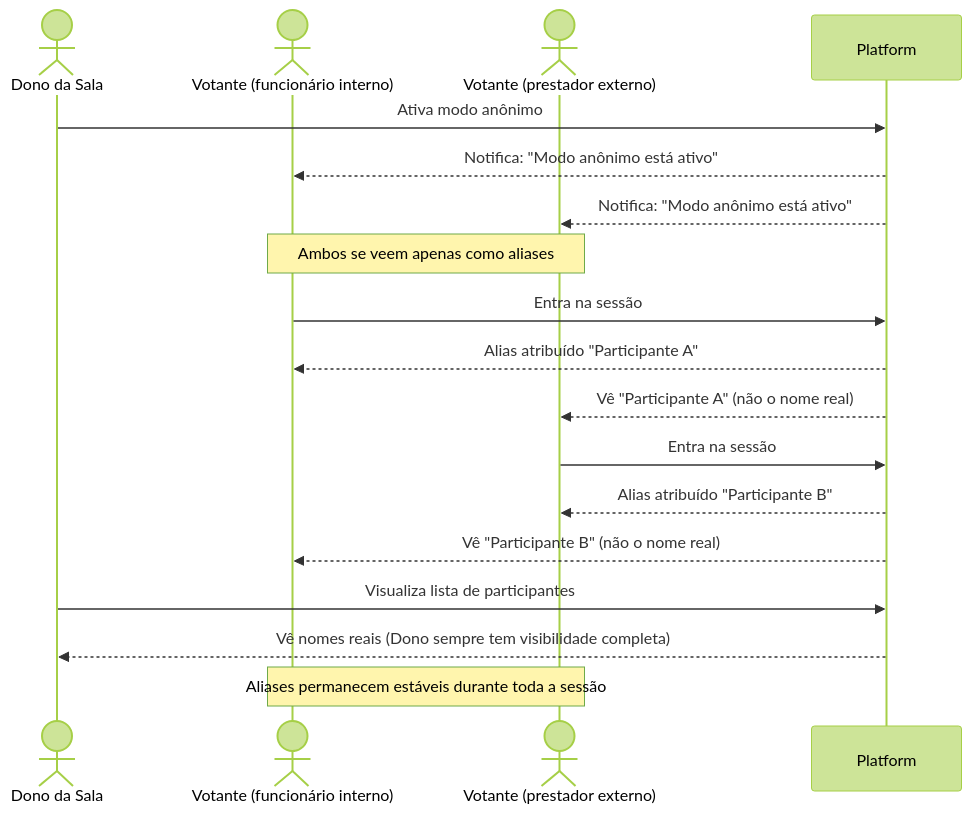
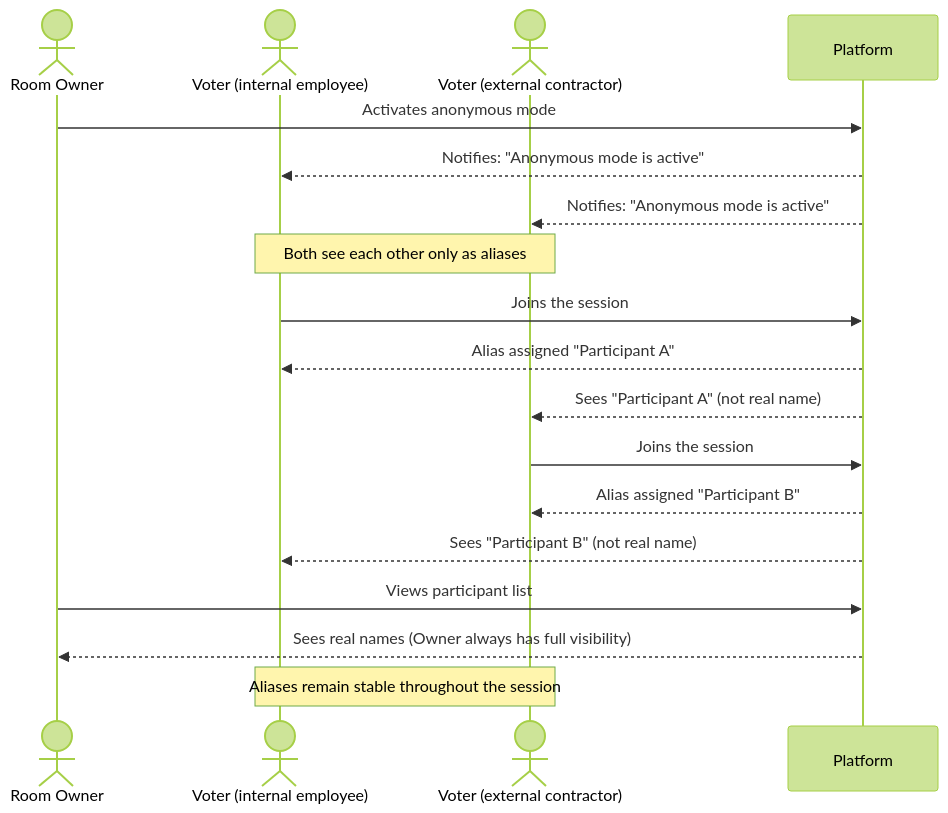
The third of 7 diagrams in docs/use-cases/case-poker/07.1-product-backlog-access-control.md (hugo-hsbtech/teamwork-process), drawn with Mermaid (forest theme) before and after one commit. The commit also changed other lines of this file and 63 other files, not shown here.

````diff
--- a/docs/use-cases/case-poker/07.1-product-backlog-access-control.md
+++ b/docs/use-cases/case-poker/07.1-product-backlog-access-control.md
@@ -109,25 +109,25 @@
 ```mermaid
 sequenceDiagram
-    actor RO as Dono da Sala
-    actor V1 as Votante (funcionário interno)
-    actor V2 as Votante (prestador externo)
+    actor RO as Room Owner
+    actor V1 as Voter (internal employee)
+    actor V2 as Voter (external contractor)
 
-    RO->>Platform: Ativa modo anônimo
-    Platform-->>V1: Notifica: "Modo anônimo está ativo"
-    Platform-->>V2: Notifica: "Modo anônimo está ativo"
+    RO->>Platform: Activates anonymous mode
+    Platform-->>V1: Notifies: "Anonymous mode is active"
+    Platform-->>V2: Notifies: "Anonymous mode is active"
 
-    Note over V1,V2: Ambos se veem apenas como aliases
+    Note over V1,V2: Both see each other only as aliases
 
-    V1->>Platform: Entra na sessão
-    Platform-->>V1: Alias atribuído "Participante A"
-    Platform-->>V2: Vê "Participante A" (não o nome real)
+    V1->>Platform: Joins the session
+    Platform-->>V1: Alias assigned "Participant A"
+    Platform-->>V2: Sees "Participant A" (not real name)
 
-    V2->>Platform: Entra na sessão
-    Platform-->>V2: Alias atribuído "Participante B"
-    Platform-->>V1: Vê "Participante B" (não o nome real)
+    V2->>Platform: Joins the session
+    Platform-->>V2: Alias assigned "Participant B"
+    Platform-->>V1: Sees "Participant B" (not real name)
 
-    RO->>Platform: Visualiza lista de participantes
-    Platform-->>RO: Vê nomes reais (Dono sempre tem visibilidade completa)
+    RO->>Platform: Views participant list
+    Platform-->>RO: Sees real names (Owner always has full visibility)
 
-    Note over V1,V2: Aliases permanecem estáveis durante toda a sessão
+    Note over V1,V2: Aliases remain stable throughout the session
 ```
````
